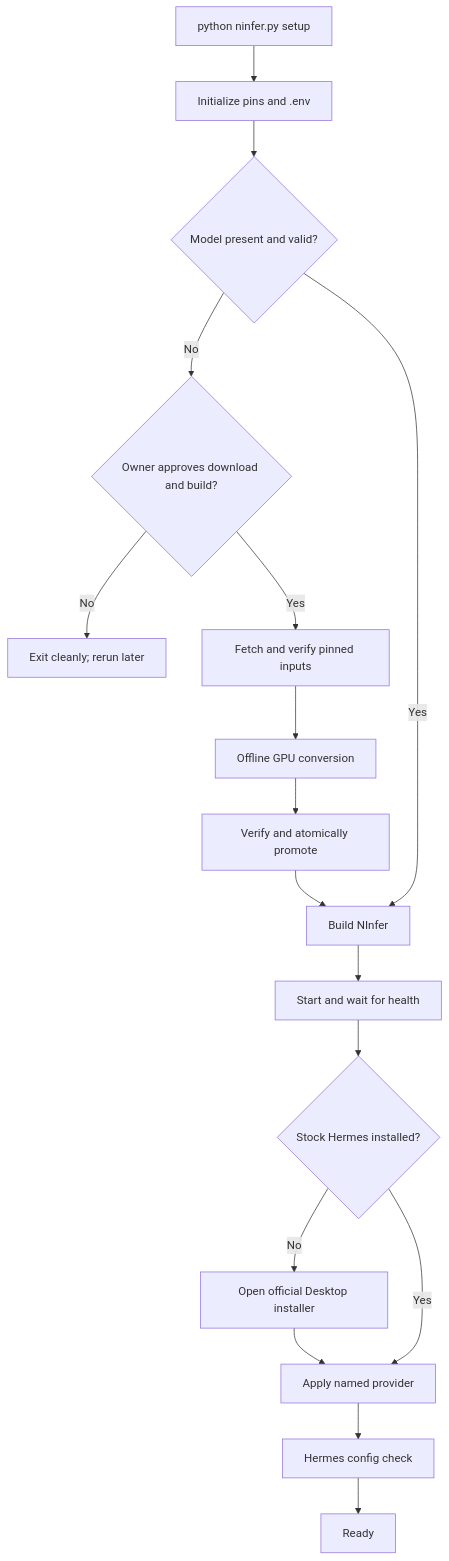
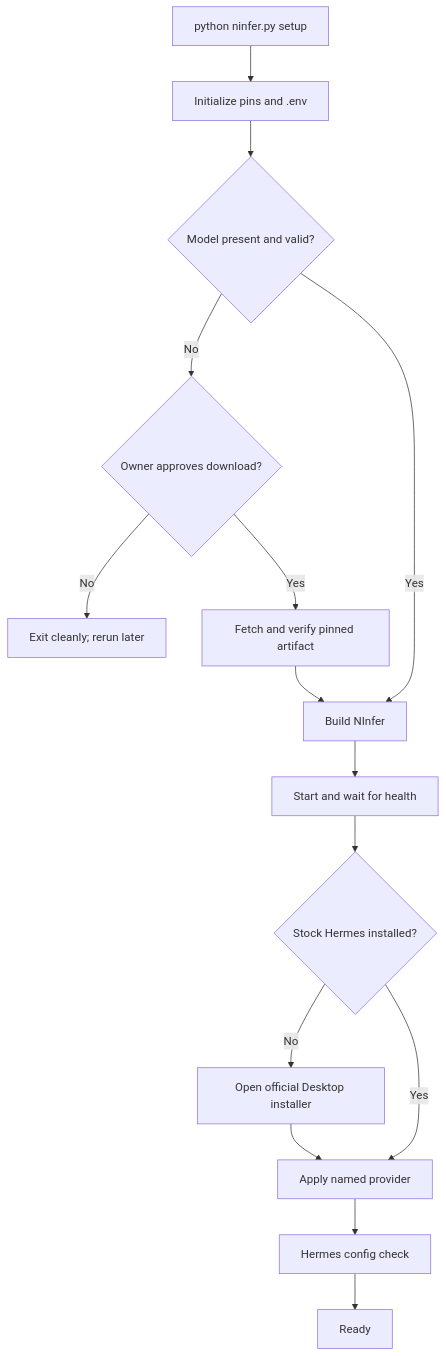
One commit to joelfourhman/hermes_ninfer_stack changed the diagram in docs/design-overview.md. Above: the diagram before and after it, drawn with Mermaid. The commit also changed other lines of this file and 37 other files, not shown here.

````diff
--- a/docs/design-overview.md
+++ b/docs/design-overview.md
@@ -85,19 +84,17 @@
 ```mermaid
 flowchart TD
     Start[python ninfer.py setup] --> Init[Initialize pins and .env]
     Init --> Present{Model present and valid?}
-    Present -->|No| Consent{Owner approves download and build?}
+    Present -->|No| Consent{Owner approves download?}
     Consent -->|No| Pause[Exit cleanly; rerun later]
-    Consent -->|Yes| Download[Fetch and verify pinned inputs]
-    Download --> Convert[Offline GPU conversion]
-    Convert --> Promote[Verify and atomically promote]
+    Consent -->|Yes| Download[Fetch and verify pinned artifact]
+    Download --> Build[Build NInfer]
     Present -->|Yes| Build
-    Promote --> Build[Build NInfer]
     Build --> Healthy[Start and wait for health]
     Healthy --> Hermes{Stock Hermes installed?}
     Hermes -->|No| Official[Open official Desktop installer]
     Official --> Configure
     Hermes -->|Yes| Configure[Apply named provider]
     Configure --> Check[Hermes config check]
     Check --> Done[Ready]
 ```
````
